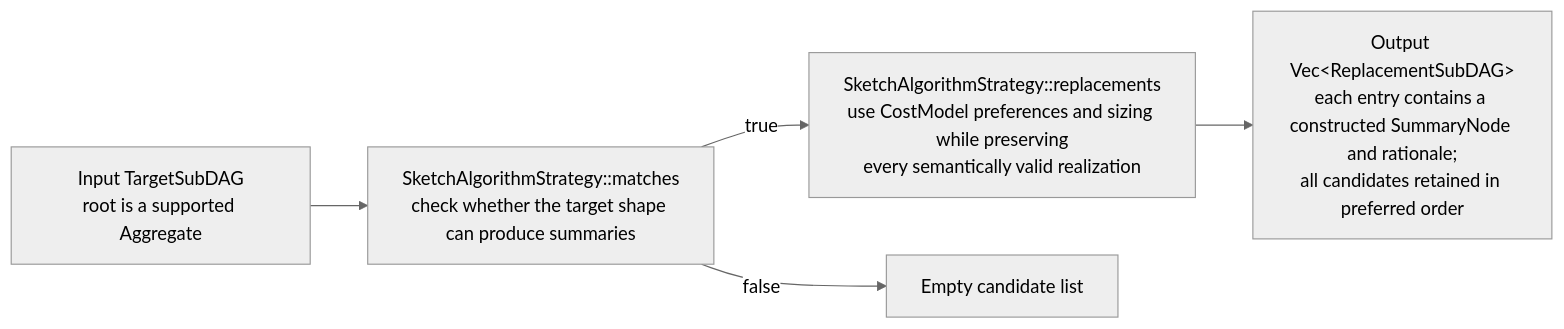
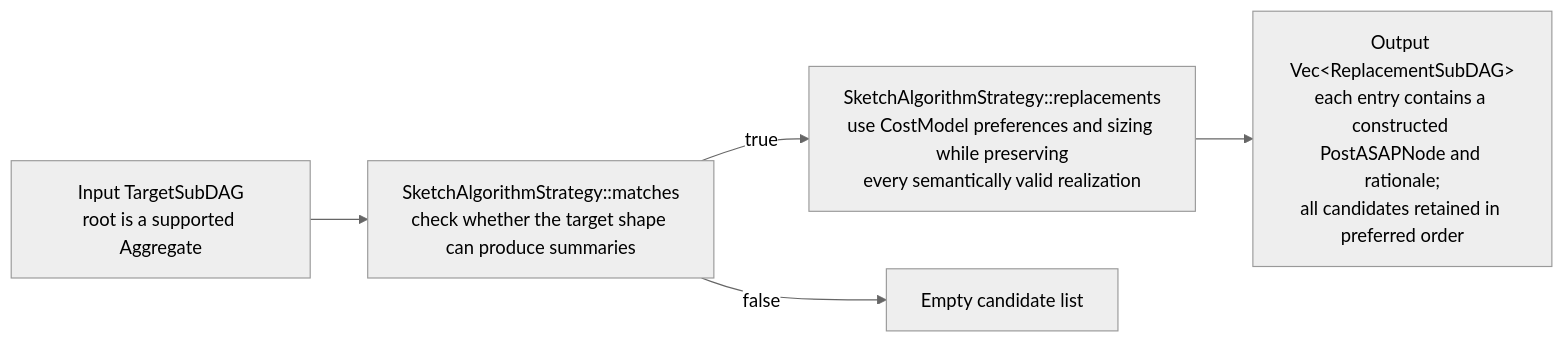
Before and after one commit to ProjectASAP/ASAPPlanner: the first of 4 diagrams in docs/develop_docs/extend-asap-aware-mapping.md, drawn with Mermaid (neutral theme). The commit also changed other lines of this file and 161 other files, not shown here.

First line of the commit message:
refactor!: align DAG node and graph API names

````diff
--- a/docs/develop_docs/extend-asap-aware-mapping.md
+++ b/docs/develop_docs/extend-asap-aware-mapping.md
@@ -255,7 +255,7 @@
 ```mermaid
 flowchart LR
   A["Input TargetSubDAG<br/>root is a supported Aggregate"] --> B["SketchAlgorithmStrategy::matches<br/>check whether the target shape can produce summaries"]
   B -->|"true"| C["SketchAlgorithmStrategy::replacements<br/>use CostModel preferences and sizing while preserving<br/>every semantically valid realization"]
   B -->|"false"| NONE["Empty candidate list"]
-  C --> F["Output Vec&lt;ReplacementSubDAG&gt;<br/>each entry contains a constructed SummaryNode and rationale;<br/>all candidates retained in preferred order"]
+  C --> F["Output Vec&lt;ReplacementSubDAG&gt;<br/>each entry contains a constructed PostASAPNode and rationale;<br/>all candidates retained in preferred order"]
 ```
````
